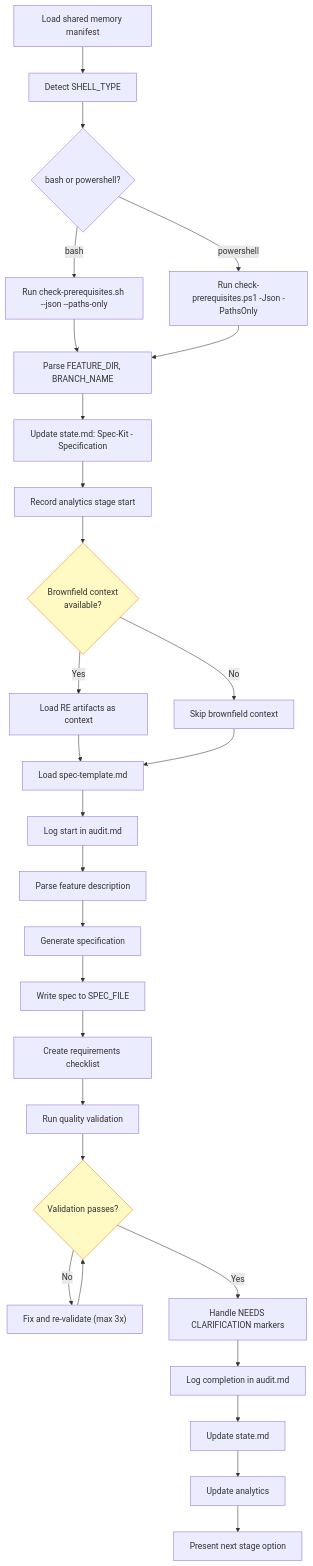
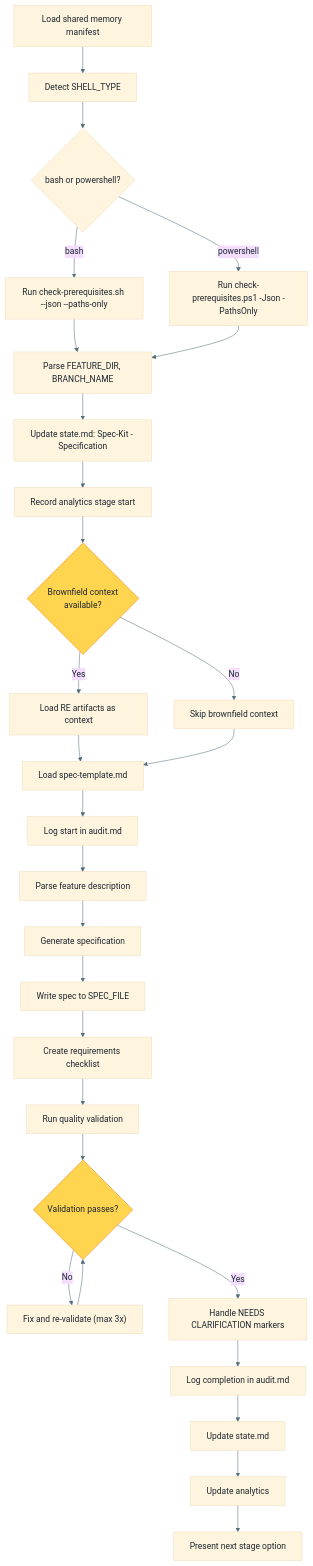
Before and after one commit to premkumarjanagarajan/fluid-flow-ai: diagram 11 of 26 in docs/WORKFLOW-FULL-DETAILED.md, drawn with Mermaid. The commit also changed other lines of this file, not shown here.

First line of the commit message:
Fix mermaid diagram colors for dark/light theme compatibility

````diff
--- a/docs/WORKFLOW-FULL-DETAILED.md
+++ b/docs/WORKFLOW-FULL-DETAILED.md
@@ -454,33 +476,34 @@
 ```mermaid
+%%{init: {'theme': 'base', 'themeVariables': {'primaryTextColor': '#1B2631', 'lineColor': '#546E7A', 'textColor': '#1B2631'}}}%%
 flowchart TD
     A["Load shared memory manifest"] --> B["Detect SHELL_TYPE"]
     B --> C{"bash or powershell?"}
     C -->|bash| D["Run check-prerequisites.sh --json --paths-only"]
     C -->|powershell| E["Run check-prerequisites.ps1 -Json -PathsOnly"]
     D --> F["Parse FEATURE_DIR, BRANCH_NAME"]
     E --> F
     F --> G["Update state.md: Spec-Kit - Specification"]
     G --> H["Record analytics stage start"]
     H --> I{"Brownfield context<br/>available?"}
     I -->|Yes| J["Load RE artifacts as context"]
     I -->|No| K["Skip brownfield context"]
     J --> L["Load spec-template.md"]
     K --> L
     L --> M["Log start in audit.md"]
     M --> N["Parse feature description"]
     N --> O["Generate specification"]
     O --> P["Write spec to SPEC_FILE"]
     P --> Q["Create requirements checklist"]
     Q --> R["Run quality validation"]
     R --> S{"Validation passes?"}
     S -->|No| T["Fix and re-validate (max 3x)"]
     T --> S
     S -->|Yes| U["Handle NEEDS CLARIFICATION markers"]
     U --> V["Log completion in audit.md"]
     V --> W["Update state.md"]
     W --> X["Update analytics"]
     X --> Y["Present next stage option"]
 
-    style I fill:#FFF9C4,stroke:#F57F17
-    style S fill:#FFF9C4,stroke:#F57F17
+    style I fill:#FFD54F,stroke:#F57F17
+    style S fill:#FFD54F,stroke:#F57F17
 ```
````
